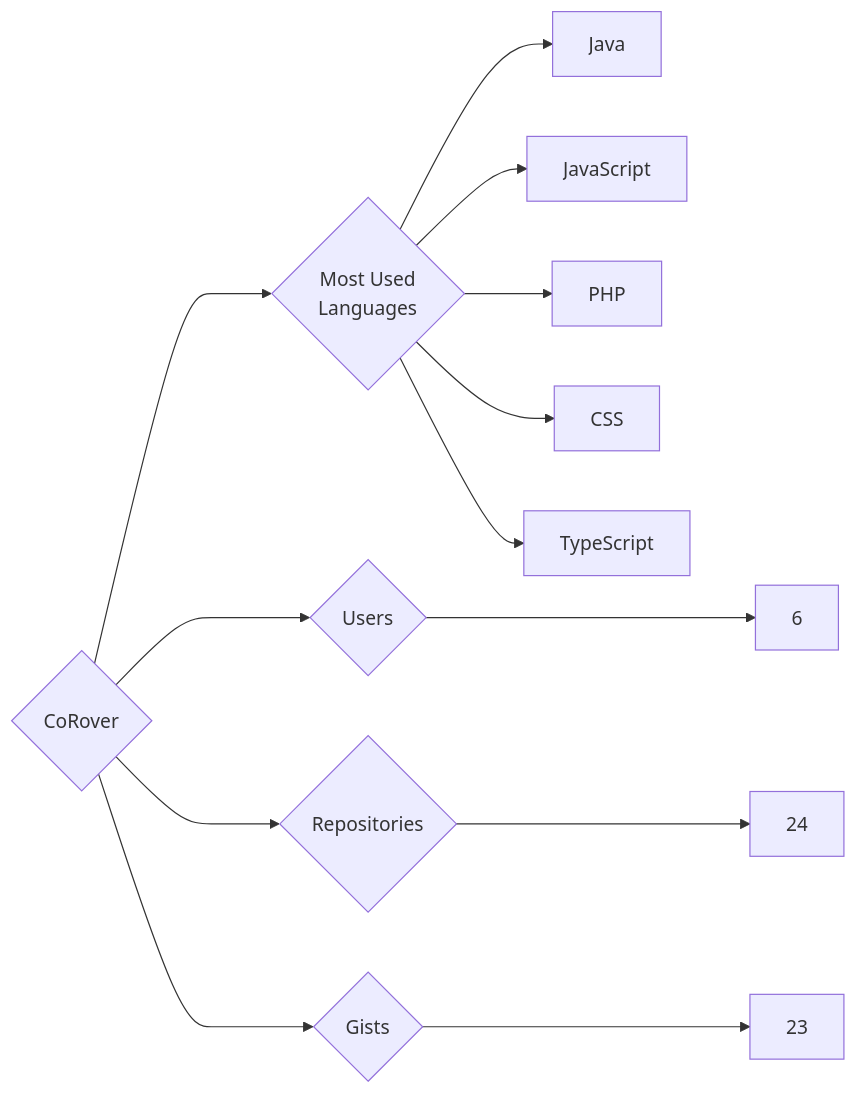
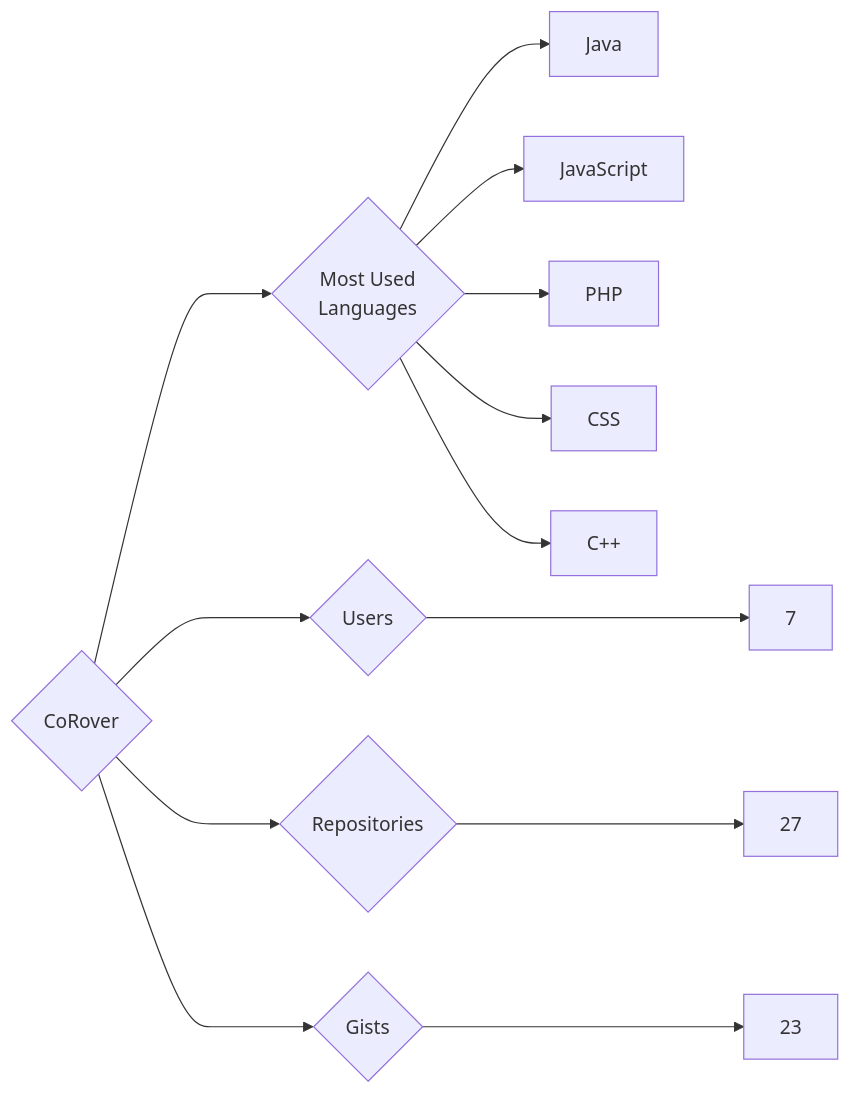
Before and after one commit to trickest/insiders: the diagram in targets/CoRover/README.md, drawn with Mermaid. The commit also changed 1007 other files, not shown here.

````diff
--- a/targets/CoRover/README.md
+++ b/targets/CoRover/README.md
@@ -3,13 +3,13 @@
 ```mermaid
 graph LR
 COMPANY_NAME{CoRover}
-COMPANY_NAME ---> U{Users} ---> UN[6]
-COMPANY_NAME ---> R{Repositories} ---> RN[24]
+COMPANY_NAME ---> U{Users} ---> UN[7]
+COMPANY_NAME ---> R{Repositories} ---> RN[27]
 COMPANY_NAME ---> G{Gists} ---> GN[23]
 COMPANY_NAME ---> ML{Most Used<br>Languages}
 ML --> Java[Java]
 ML --> JavaScript[JavaScript]
 ML --> PHP[PHP]
 ML --> CSS[CSS]
-ML --> TypeScript[TypeScript]
+ML --> C++[C++]
 ```
````
